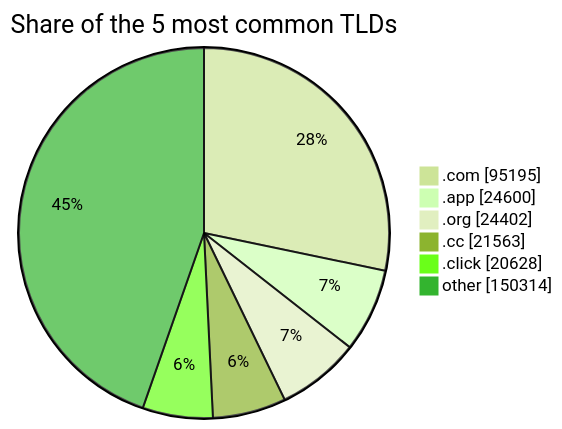
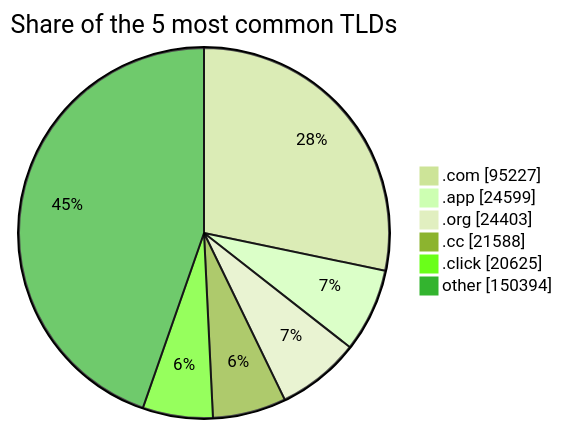
The third of 3 diagrams in README.md (DNSBunker/CTI), drawn with Mermaid (forest theme) before and after one commit. The commit also changed other lines of this file and 4 other files, not shown here.

````diff
--- a/README.md
+++ b/README.md
@@ -81,9 +81,9 @@
 ```mermaid
 pie showData title Share of the 5 most common TLDs
-    ".com" : 95195
-    ".app" : 24600
-    ".org" : 24402
-    ".cc" : 21563
-    ".click" : 20628
-    "other" : 150314
+    ".com" : 95227
+    ".app" : 24599
+    ".org" : 24403
+    ".cc" : 21588
+    ".click" : 20625
+    "other" : 150394
 ```
````
